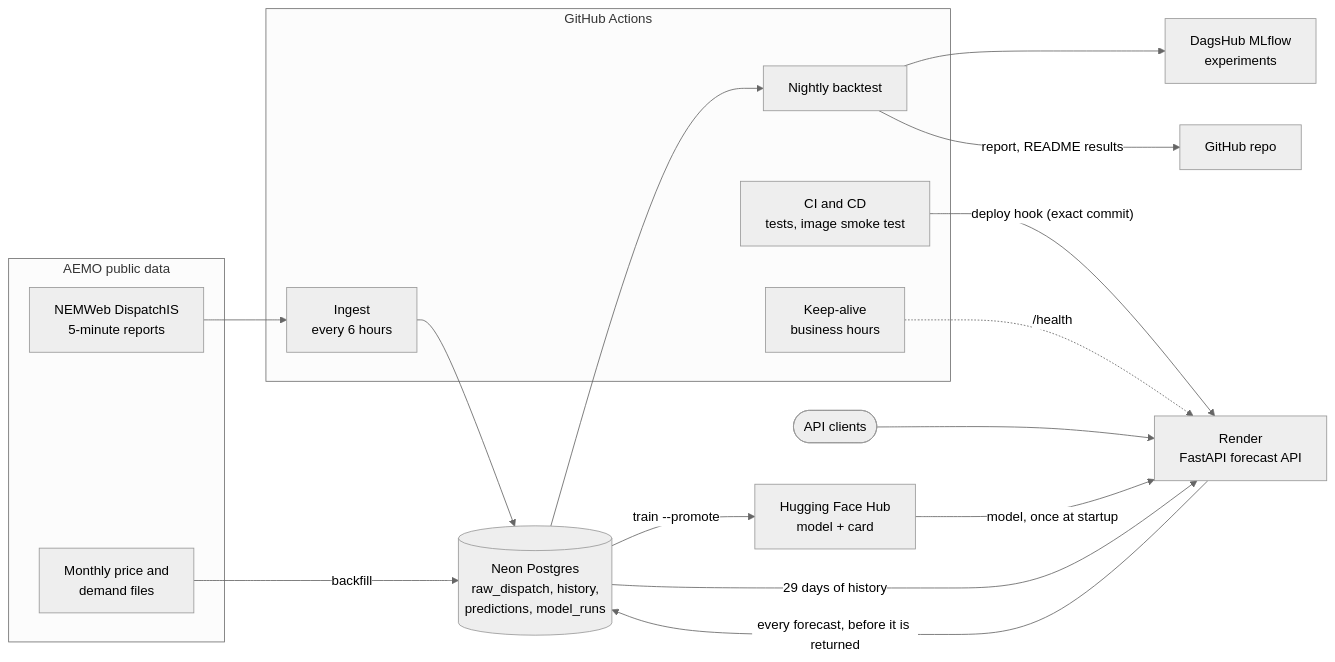
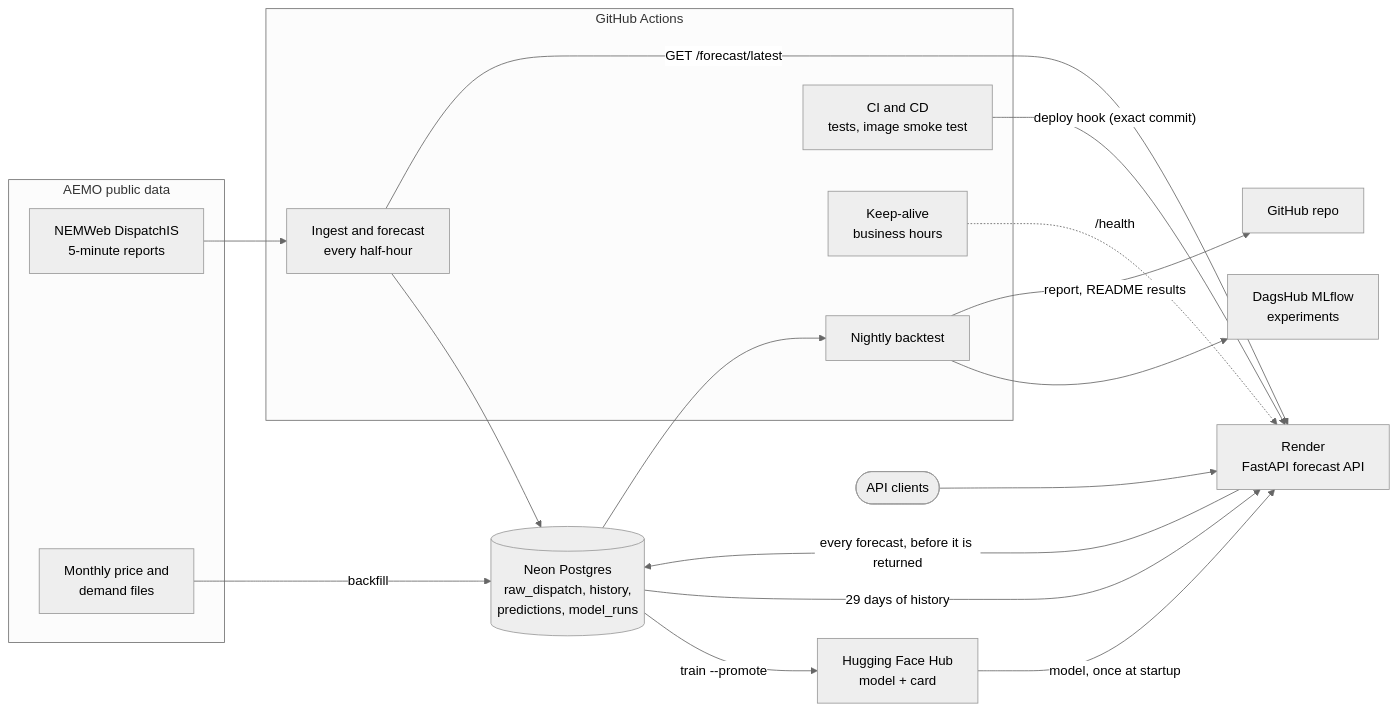
The diagram in README.md (proxykhan/nem-forecast), drawn with Mermaid (neutral theme) before and after one commit. The commit also changed other lines of this file and 2 other files, not shown here.

First line of the commit message:
Ingest every half-hour and request a forecast after each run

````diff
--- a/README.md
+++ b/README.md
@@ -95,30 +95,31 @@
 ```mermaid
 flowchart LR
     subgraph aemo["AEMO public data"]
         dispatch["NEMWeb DispatchIS<br/>5-minute reports"]
         monthly["Monthly price and<br/>demand files"]
     end
     subgraph actions["GitHub Actions"]
-        ingest["Ingest<br/>every 6 hours"]
+        ingest["Ingest and forecast<br/>every half-hour"]
         nightly["Nightly backtest"]
         cd["CI and CD<br/>tests, image smoke test"]
         keepalive["Keep-alive<br/>business hours"]
     end
     db[("Neon Postgres<br/>raw_dispatch, history,<br/>predictions, model_runs")]
     mlflow["DagsHub MLflow<br/>experiments"]
     hub["Hugging Face Hub<br/>model + card"]
     api["Render<br/>FastAPI forecast API"]
     users(["API clients"])
 
     dispatch --> ingest --> db
     monthly -- "backfill" --> db
     db --> nightly --> mlflow
     nightly -- "report, README results" --> repo["GitHub repo"]
     db -- "train --promote" --> hub
     cd -- "deploy hook (exact commit)" --> api
     hub -- "model, once at startup" --> api
     db -- "29 days of history" --> api
     api -- "every forecast, before it is returned" --> db
     users --> api
     keepalive -. "/health" .-> api
+    ingest -- "GET /forecast/latest" --> api
 ```
````
